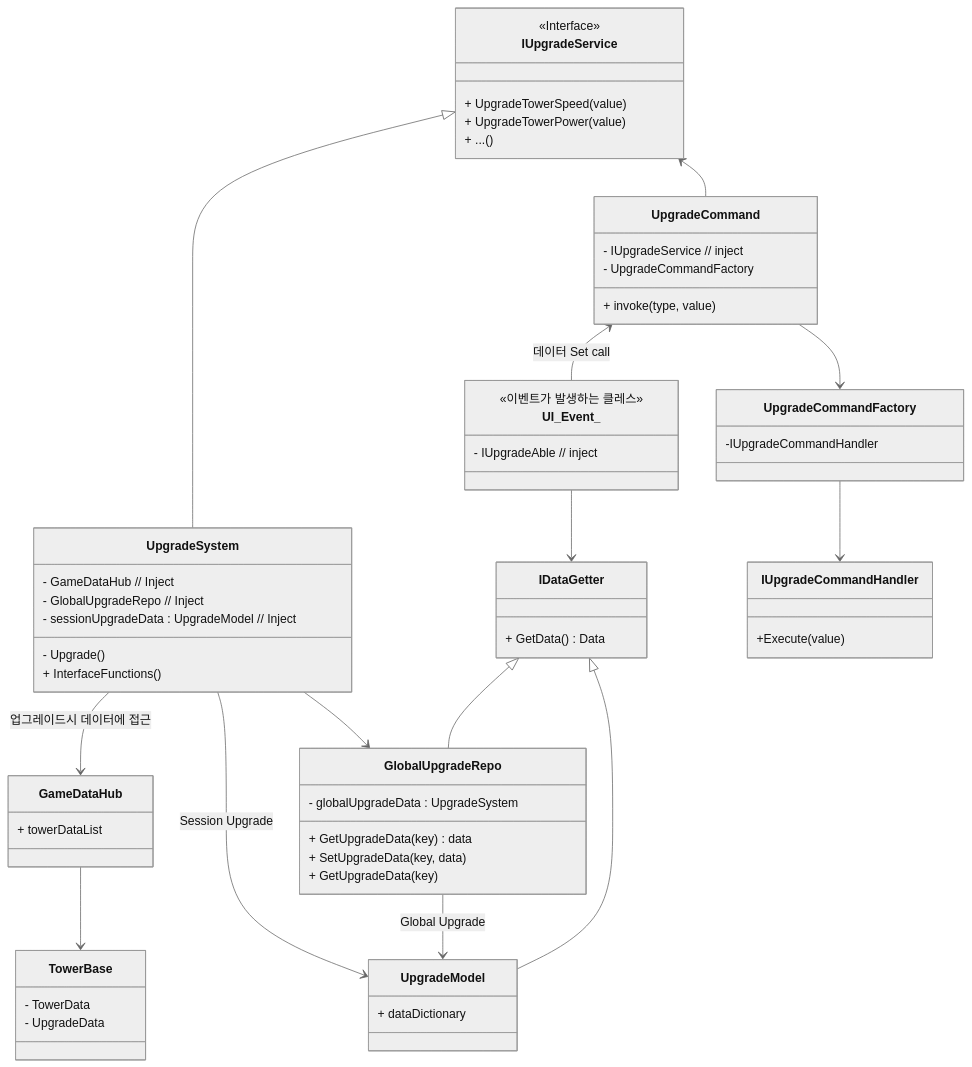
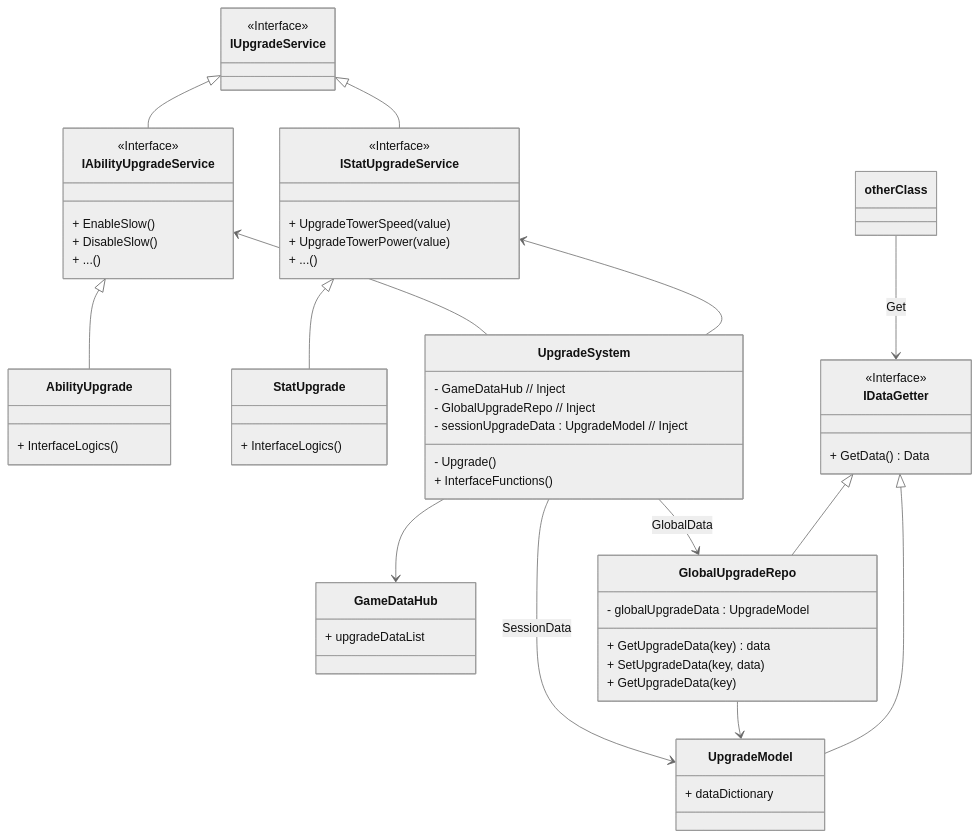
The tenth of 11 diagrams in _Doc/DevelopmentLog.md (HyunWoo-Jo/ProjectHS), drawn with Mermaid (neutral theme) before and after one commit. The commit also changed other lines of this file, not shown here.

````diff
--- a/_Doc/DevelopmentLog.md
+++ b/_Doc/DevelopmentLog.md
@@ -523,79 +524,74 @@
 ```mermaid
-classDiagram  
-graph LR  
-class TowerBase{  
-    - TowerData  
-    - UpgradeData  
+classDiagram
+
+class GameDataHub {  
+    + upgradeDataList 
+}  
+class GlobalUpgradeRepo {  
+    - globalUpgradeData : UpgradeModel  
+    + GetUpgradeData(key) data  
+    + SetUpgradeData(key, data)  
+    + GetUpgradeData(key)  
+}  
+class UpgradeModel {  
+    + dataDictionary  
 }  
   
+
+class IUpgradeService {  
+    <<Interface>>  
+    
+}
+class IStatUpgradeService {
+    <<Interface>>
+    + UpgradeTowerSpeed(value)  
+    + UpgradeTowerPower(value)  
+    + ...()  
+}
+class IAbilityUpgradeService {
+    <<Interface>>
+    + EnableSlow()
+    + DisableSlow()
+    + ...()
+}
+class AbilityUpgrade {
+    + InterfaceLogics()
+}
+class StatUpgrade {
+    + InterfaceLogics()
+}
+class IDataGetter {
+    <<Interface>>
+    + GetData() Data
+}
 class UpgradeSystem {  
     - GameDataHub // Inject  
     - GlobalUpgradeRepo // Inject  
     - sessionUpgradeData : UpgradeModel // Inject  
     - Upgrade()  
     + InterfaceFunctions()  
-}  
-  
-class IUpgradeService {  
-    <<Interface>>  
-    + UpgradeTowerSpeed(value)  
-    + UpgradeTowerPower(value)  
-    + ...()  
-}  
-  
-class GlobalUpgradeRepo {  
-    - globalUpgradeData : UpgradeSystem  
-    + GetUpgradeData(key) data  
-    + SetUpgradeData(key, data)  
-    + GetUpgradeData(key)  
-}  
-  
-class UpgradeModel {  
-    + dataDictionary  
-}  
-  
-class GameDataHub {  
-    + towerDataList  
-}  
-  
-class UI_Event_{  
-    <<이벤트가 발생하는 클레스>>  
-    - IUpgradeAble // inject  
-}  
+}   
 
-class UpgradeCommand {
-    - IUpgradeService // inject
-    - UpgradeCommandFactory
-    + invoke(type, value)
-}
+%% Service 영역
+IUpgradeService <|-- IAbilityUpgradeService
+IUpgradeService <|-- IStatUpgradeService
+IAbilityUpgradeService <|-- AbilityUpgrade
+IStatUpgradeService <|-- StatUpgrade
 
-class IDataGetter {
-    + GetData() Data
-}
+%% System 영역
+UpgradeSystem --> GlobalUpgradeRepo : GlobalData
+UpgradeSystem --> UpgradeModel : SessionData
+UpgradeSystem --> GameDataHub
 
-class IUpgradeCommandHandler  {
-    +Execute(value)
-}
-class UpgradeCommandFactory {
-    -IUpgradeCommandHandler
-}
-
-UpgradeSystem --> GlobalUpgradeRepo  
-UpgradeSystem --> UpgradeModel : Session Upgrade  
-GlobalUpgradeRepo --> UpgradeModel : Global Upgrade  
-  
-UpgradeSystem --> GameDataHub : 업그레이드시 데이터에 접근  
-GameDataHub --> TowerBase   
-  
-IUpgradeService <|-- UpgradeSystem  
-  
-IUpgradeService <-- UpgradeCommand
-UpgradeCommand <-- UI_Event_ : 데이터 Set call
+%% Data 영역
+GlobalUpgradeRepo --> UpgradeModel
 IDataGetter <|-- UpgradeModel
 IDataGetter <|-- GlobalUpgradeRepo
 
-UI_Event_ --> IDataGetter
+otherClass --> IDataGetter : Get
 
-UpgradeCommandFactory --> IUpgradeCommandHandler
-UpgradeCommand --> UpgradeCommandFactory
+%% System -- Service
+IAbilityUpgradeService <-- UpgradeSystem
+IStatUpgradeService <-- UpgradeSystem
+
 ```
````
